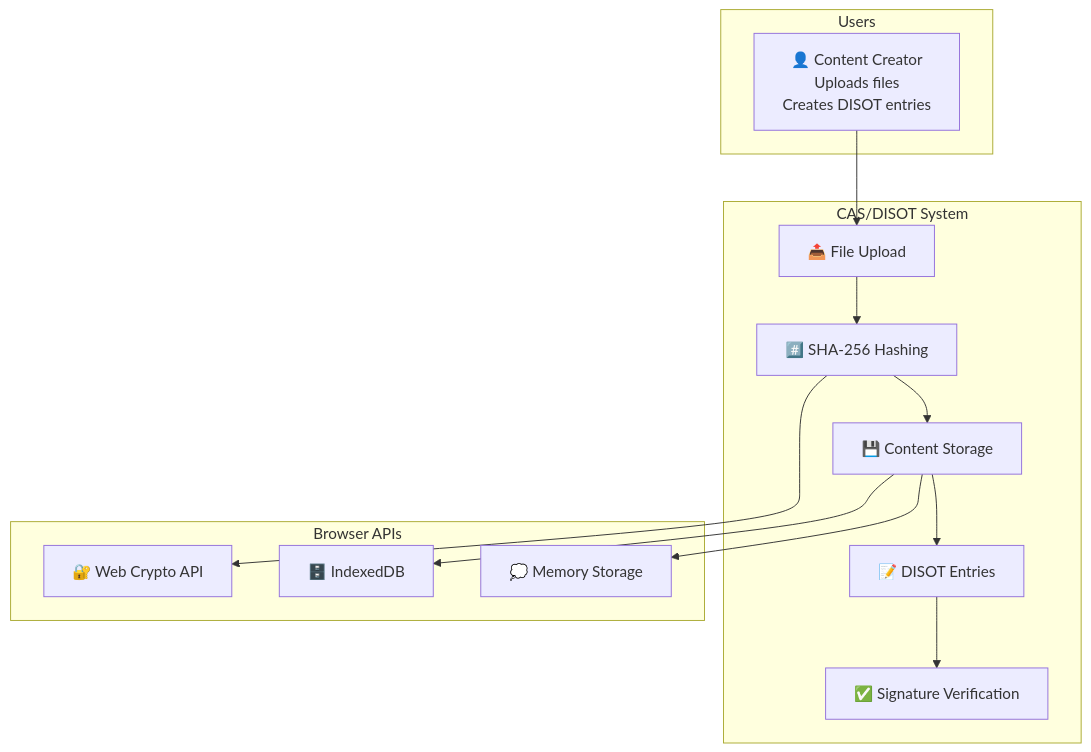
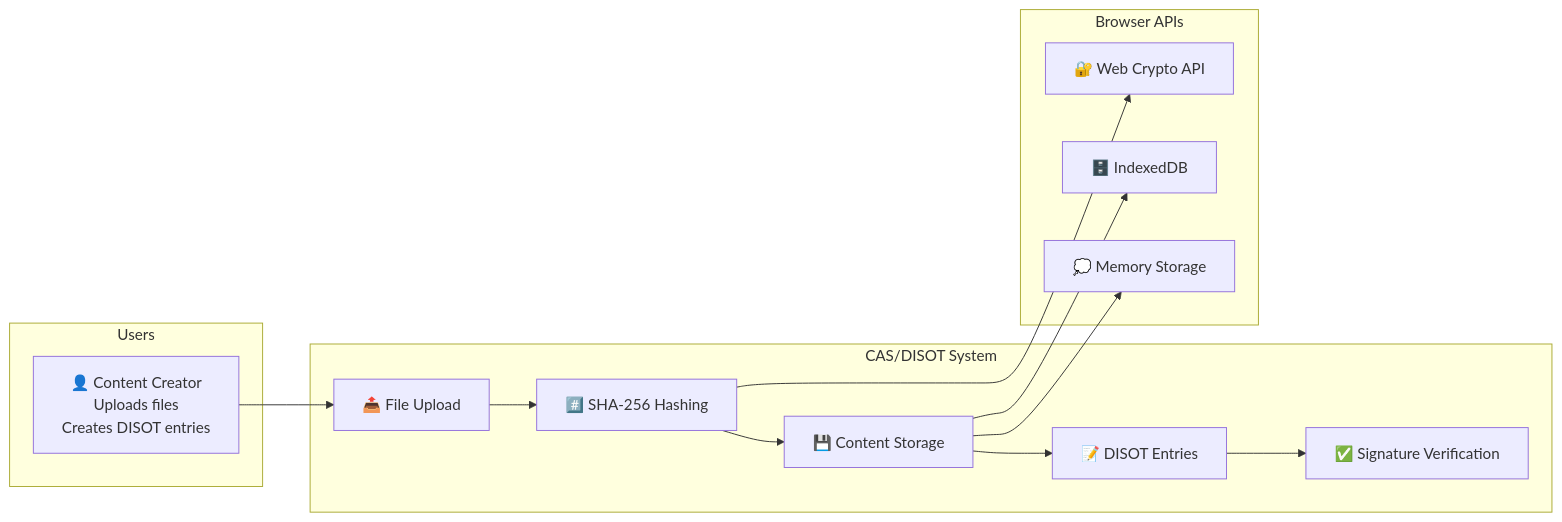
The first of 9 diagrams in docs/architecture/system-architecture.md (o2alexanderfedin/angular-cas-disot), drawn with Mermaid before and after one commit. The commit also changed other lines of this file, not shown here.

First line of the commit message:
fix: fix Mermaid diagram rendering issues

````diff
--- a/docs/architecture/system-architecture.md
+++ b/docs/architecture/system-architecture.md
@@ -17,30 +17,30 @@
 ```mermaid
-graph TD
+graph LR
     subgraph "Users"
         USER[👤 Content Creator<br/>Uploads files<br/>Creates DISOT entries]
     end
     
     subgraph "CAS/DISOT System"
         UPLOAD[📤 File Upload]
         HASH[#️⃣ SHA-256 Hashing]
         STORE[💾 Content Storage]
         DISOT[📝 DISOT Entries]
         VERIFY[✅ Signature Verification]
     end
     
     subgraph "Browser APIs"
         CRYPTO[🔐 Web Crypto API]
         IDB[🗄️ IndexedDB]
         MEM[💭 Memory Storage]
     end
     
     USER --> UPLOAD
     UPLOAD --> HASH
     HASH --> STORE
     STORE --> DISOT
     DISOT --> VERIFY
     
     HASH --> CRYPTO
     STORE --> IDB
     STORE --> MEM
 ```
````
